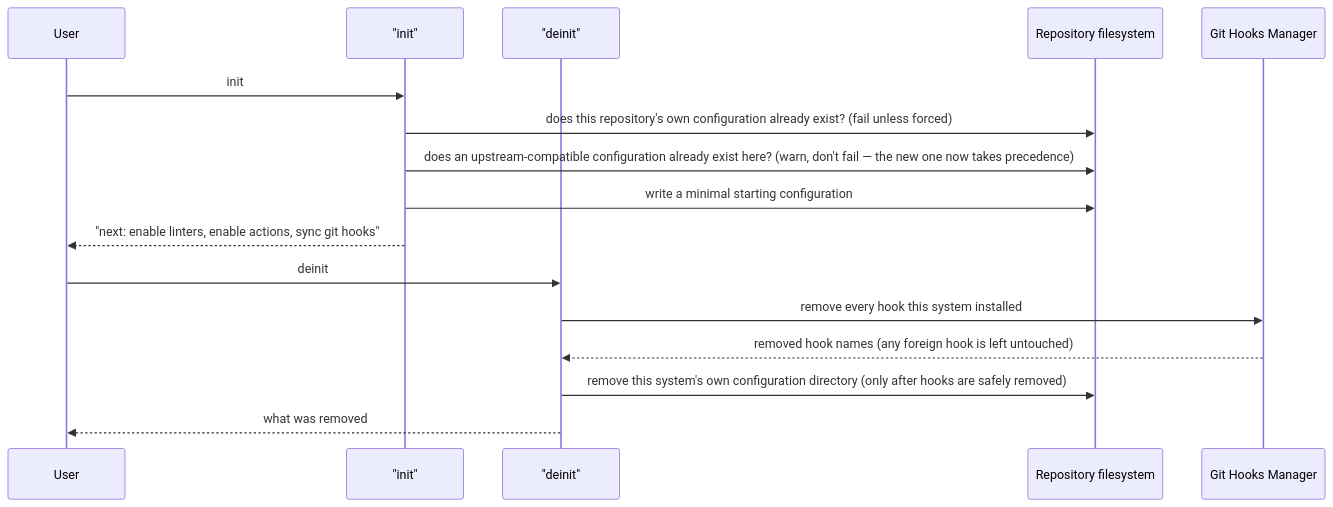
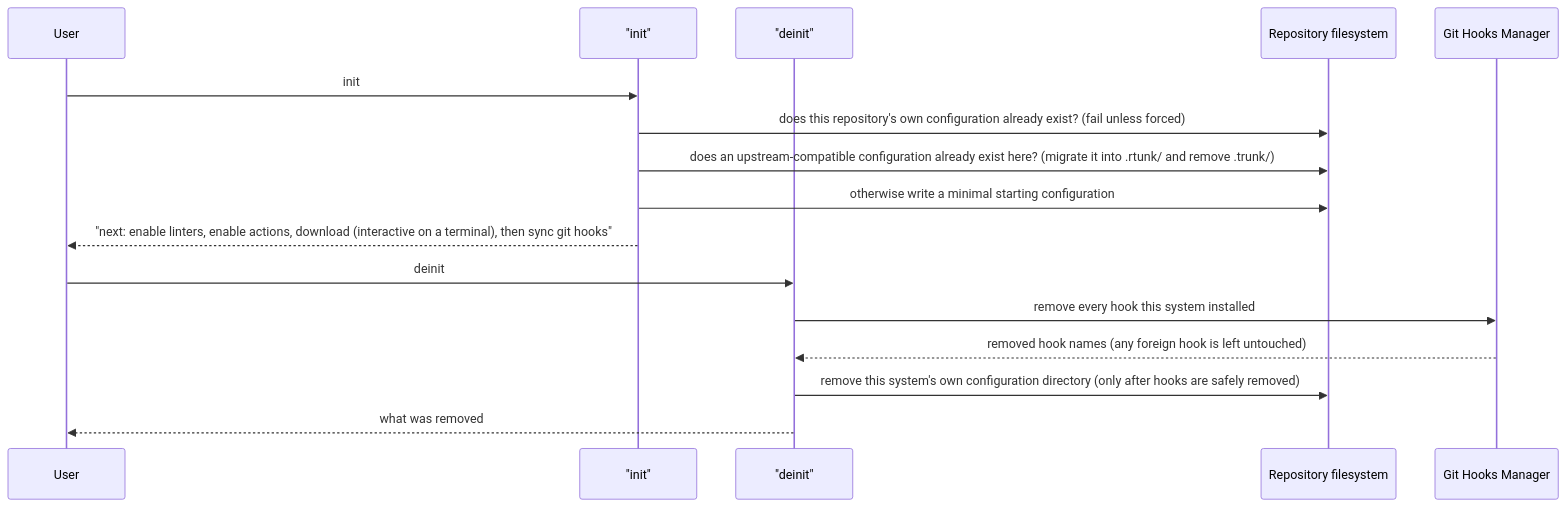
Before and after one commit to actions-marketplace-validations/axnic_rtunk: the fifth of 5 diagrams in docs/Run-Flows.md, drawn with Mermaid. The commit also changed 5 other files, not shown here.

First line of the commit message:
@[docs]: Document init migration from .trunk and post-init flow

````diff
--- a/docs/Run-Flows.md
+++ b/docs/Run-Flows.md
@@ -247,20 +247,20 @@
 ```mermaid
 sequenceDiagram
     participant User
     participant Init as "init"
     participant Deinit as "deinit"
     participant Disk as Repository filesystem
     participant Hooks as Git Hooks Manager
 
     User->>Init: init
     Init->>Disk: does this repository's own configuration already exist? (fail unless forced)
-    Init->>Disk: does an upstream-compatible configuration already exist here? (warn, don't fail — the new one now takes precedence)
-    Init->>Disk: write a minimal starting configuration
-    Init-->>User: "next: enable linters, enable actions, sync git hooks"
+    Init->>Disk: does an upstream-compatible configuration already exist here? (migrate it into .rtunk/ and remove .trunk/)
+    Init->>Disk: otherwise write a minimal starting configuration
+    Init-->>User: "next: enable linters, enable actions, download (interactive on a terminal), then sync git hooks"
 
     User->>Deinit: deinit
     Deinit->>Hooks: remove every hook this system installed
     Hooks-->>Deinit: removed hook names (any foreign hook is left untouched)
     Deinit->>Disk: remove this system's own configuration directory (only after hooks are safely removed)
     Deinit-->>User: what was removed
 ```
````
